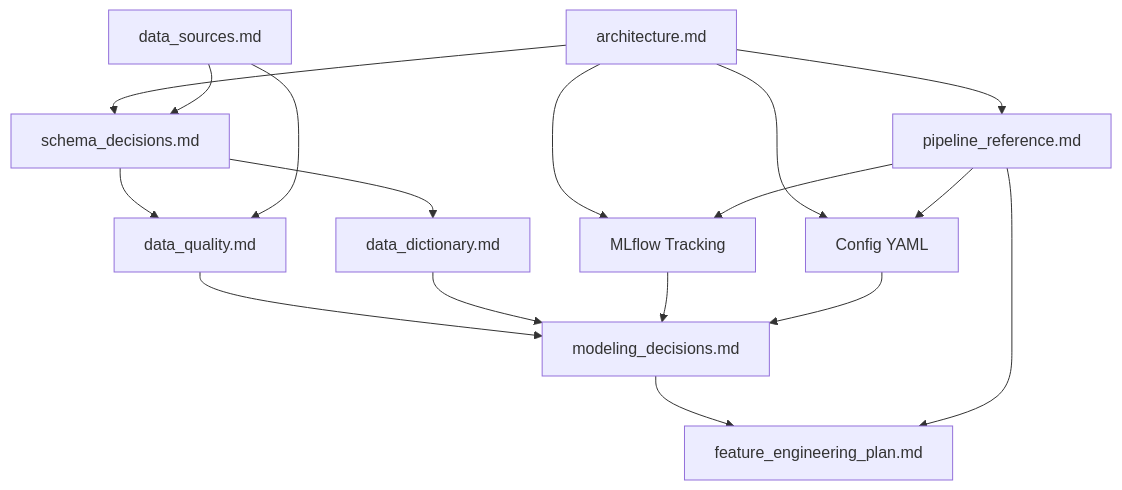
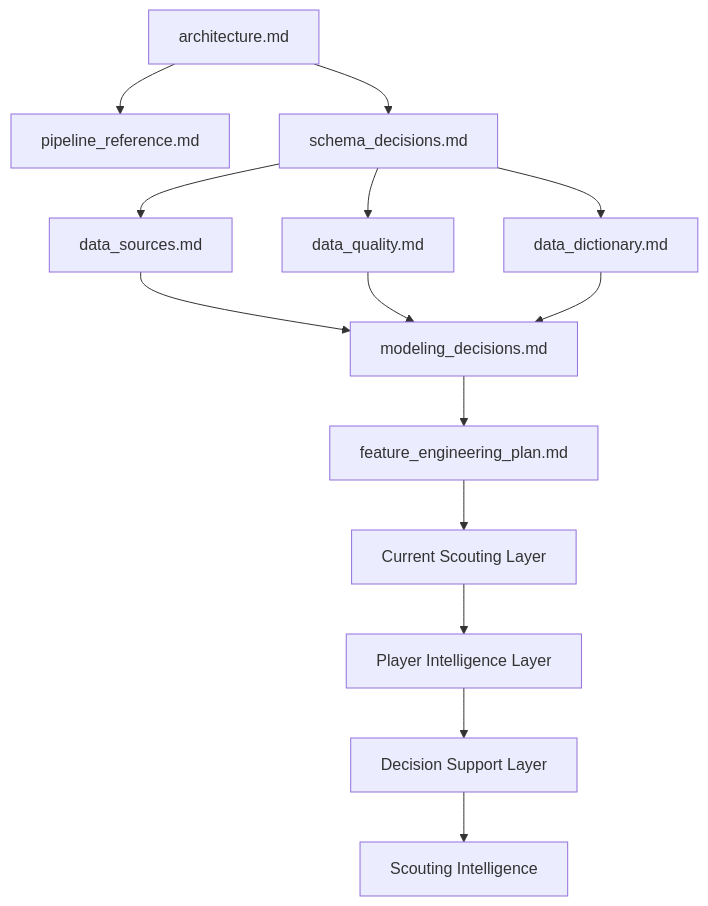
One commit to manuelpeba/market-value-football-tfm changed the diagram in docs/README.md. Above: the diagram before and after it, drawn with Mermaid. The commit also changed other lines of this file and 16 other files, not shown here.

Commit message:
docs: complete sprint 10 documentation, architecture and notebooks for v1.0.0

````diff
--- a/docs/README.md
+++ b/docs/README.md
@@ -108,25 +183,26 @@
 ```mermaid
 flowchart TD
 
-A[architecture.md] --> B[pipeline_reference.md]
+A[architecture.md]
+--> B[pipeline_reference.md]
+
 A --> C[schema_decisions.md]
-A --> I[MLflow Tracking]
-A --> J[Config YAML]
 
-B --> I
-B --> J
+C --> D[data_sources.md]
+C --> E[data_quality.md]
+C --> F[data_dictionary.md]
 
-C --> D[data_dictionary.md]
-C --> E[data_quality.md]
-
-F[data_sources.md] --> C
-F --> E
-
-E --> G[modeling_decisions.md]
-D --> G
+D --> G[modeling_decisions.md]
+E --> G
+F --> G
 
 G --> H[feature_engineering_plan.md]
-B --> H
-I --> G
-J --> G
+
+H --> I[Current Scouting Layer]
+
+I --> J[Player Intelligence Layer]
+
+J --> K[Decision Support Layer]
+
+K --> L[Scouting Intelligence]
 ```
````
